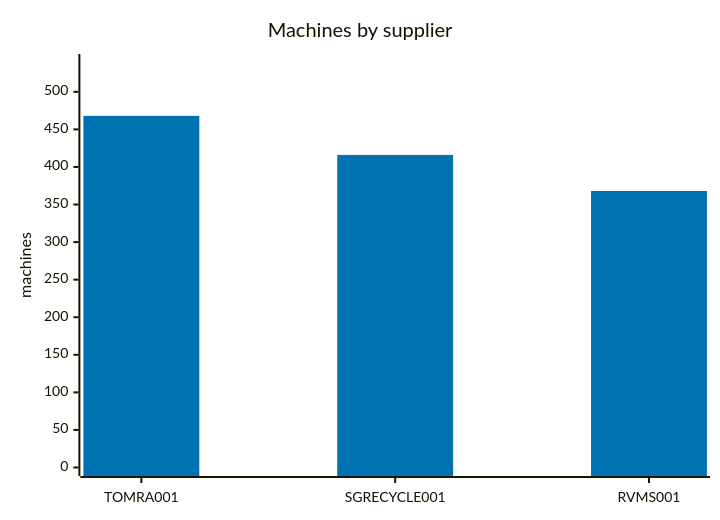
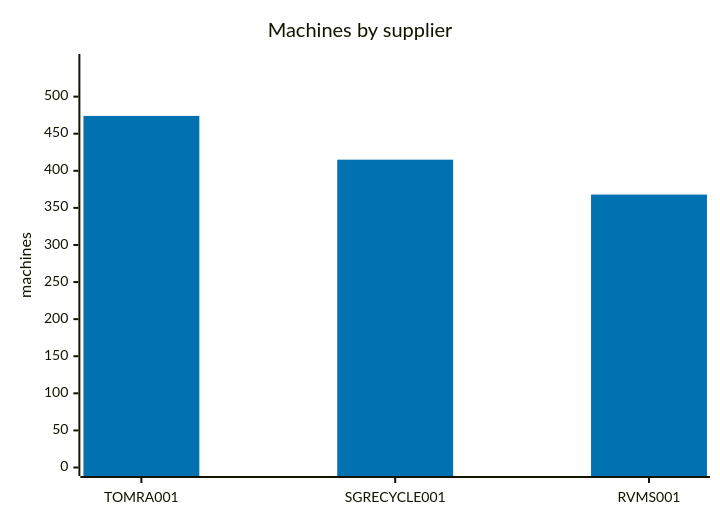
One commit to cheeaun/returnright-data changed the second of 7 diagrams in ANALYSIS.md. Above: the diagram before and after it, drawn with Mermaid. The commit also changed other lines of this file and 3 other files, not shown here.

````diff
--- a/ANALYSIS.md
+++ b/ANALYSIS.md
@@ -48,13 +48,13 @@
 ```mermaid
 ---
 config:
   themeVariables:
     xyChart:
       plotColorPalette: "#0072B2"
 ---
 xychart-beta
     title "Machines by supplier"
     x-axis ["TOMRA001", "SGRECYCLE001", "RVMS001"]
-    y-axis "machines" 0 --> 539
-    bar [468, 416, 368]
+    y-axis "machines" 0 --> 546
+    bar [474, 415, 368]
 ```
````
